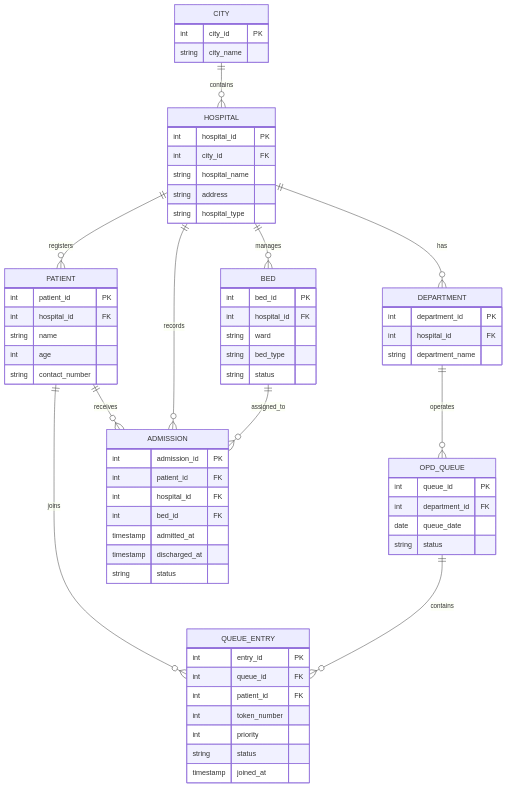
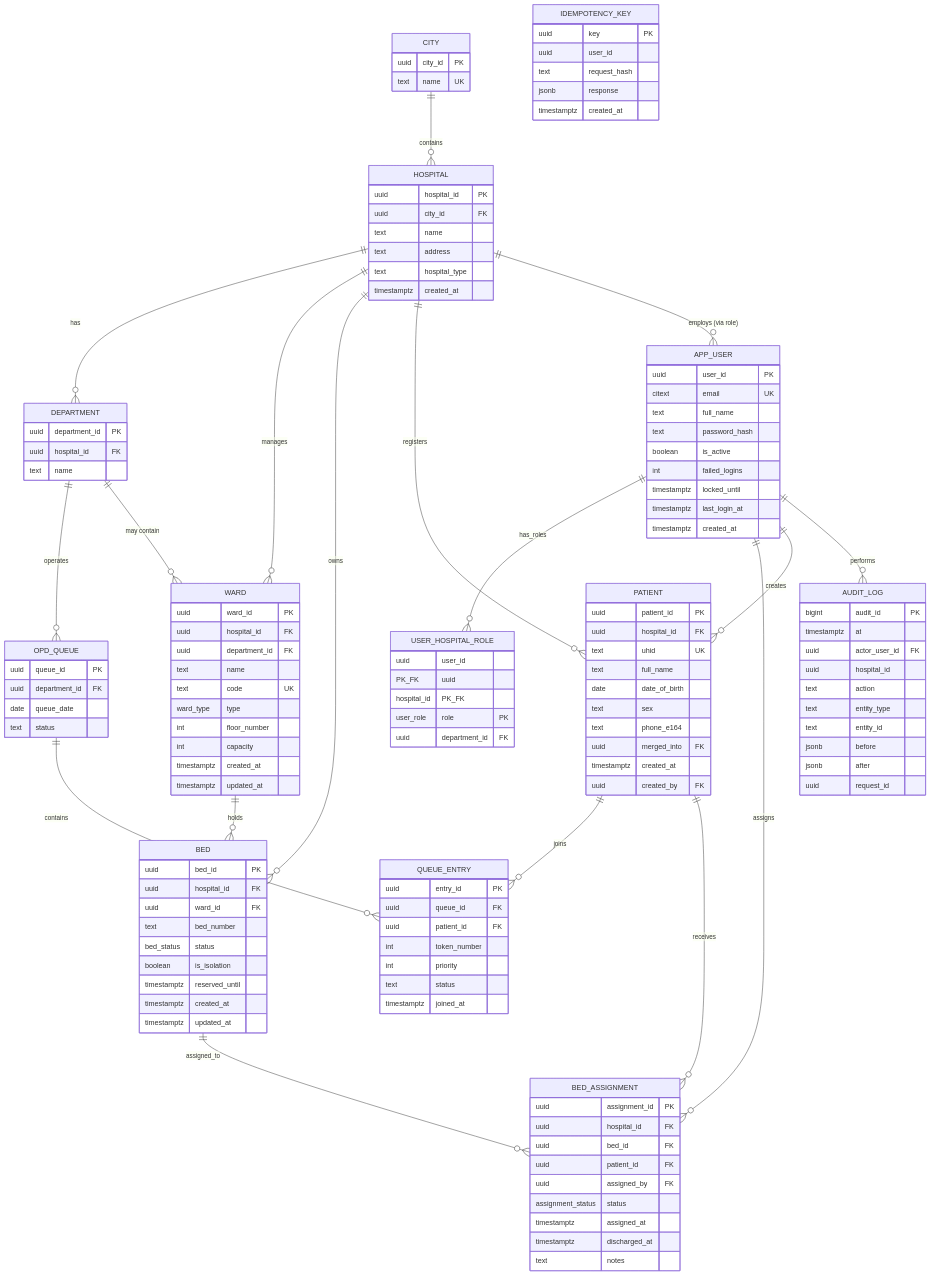
Before and after one commit to Ar1es-XD/AP-Project: the first of 9 diagrams in documentation/Hospital_Management_System_Proposal.md, drawn with Mermaid. The commit also changed other lines of this file and 1 other file, not shown here.

````diff
--- a/documentation/Hospital_Management_System_Proposal.md
+++ b/documentation/Hospital_Management_System_Proposal.md
@@ -77,74 +124,146 @@
 erDiagram
     CITY ||--o{ HOSPITAL : contains
     HOSPITAL ||--o{ DEPARTMENT : has
+    HOSPITAL ||--o{ WARD : manages
+    HOSPITAL ||--o{ BED : owns
     HOSPITAL ||--o{ PATIENT : registers
-    HOSPITAL ||--o{ BED : manages
+    HOSPITAL ||--o{ APP_USER : "employs (via role)"
     DEPARTMENT ||--o{ OPD_QUEUE : operates
+    DEPARTMENT ||--o{ WARD : "may contain"
+    WARD ||--o{ BED : holds
     PATIENT ||--o{ QUEUE_ENTRY : joins
     OPD_QUEUE ||--o{ QUEUE_ENTRY : contains
-    PATIENT ||--o{ ADMISSION : receives
-    HOSPITAL ||--o{ ADMISSION : records
-    BED ||--o{ ADMISSION : assigned_to
+    PATIENT ||--o{ BED_ASSIGNMENT : receives
+    BED ||--o{ BED_ASSIGNMENT : assigned_to
+    APP_USER ||--o{ USER_HOSPITAL_ROLE : has_roles
+    APP_USER ||--o{ BED_ASSIGNMENT : assigns
+    APP_USER ||--o{ PATIENT : creates
+    APP_USER ||--o{ AUDIT_LOG : performs
 
     CITY {
-        int city_id PK
-        string city_name
+        uuid city_id PK
+        text name UK
     }
 
     HOSPITAL {
-        int hospital_id PK
-        int city_id FK
-        string hospital_name
-        string address
-        string hospital_type
+        uuid hospital_id PK
+        uuid city_id FK
+        text name
+        text address
+        text hospital_type
+        timestamptz created_at
     }
 
     DEPARTMENT {
-        int department_id PK
-        int hospital_id FK
-        string department_name
+        uuid department_id PK
+        uuid hospital_id FK
+        text name
+    }
+
+    APP_USER {
+        uuid user_id PK
+        citext email UK
+        text full_name
+        text password_hash
+        boolean is_active
+        int failed_logins
+        timestamptz locked_until
+        timestamptz last_login_at
+        timestamptz created_at
+    }
+
+    USER_HOSPITAL_ROLE {
+        uuid user_id PK_FK
+        uuid hospital_id PK_FK
+        user_role role PK
+        uuid department_id FK
     }
 
     PATIENT {
-        int patient_id PK
-        int hospital_id FK
-        string name
-        int age
-        string contact_number
+        uuid patient_id PK
+        uuid hospital_id FK
+        text uhid UK
+        text full_name
+        date date_of_birth
+        text sex
+        text phone_e164
+        uuid merged_into FK
+        timestamptz created_at
+        uuid created_by FK
+    }
+
+    WARD {
+        uuid ward_id PK
+        uuid hospital_id FK
+        uuid department_id FK
+        text name
+        text code UK
+        ward_type type
+        int floor_number
+        int capacity
+        timestamptz created_at
+        timestamptz updated_at
+    }
+
+    BED {
+        uuid bed_id PK
+        uuid hospital_id FK
+        uuid ward_id FK
+        text bed_number
+        bed_status status
+        boolean is_isolation
+        timestamptz reserved_until
+        timestamptz created_at
+        timestamptz updated_at
     }
 
     OPD_QUEUE {
-        int queue_id PK
-        int department_id FK
+        uuid queue_id PK
+        uuid department_id FK
         date queue_date
-        string status
+        text status
     }
 
     QUEUE_ENTRY {
-        int entry_id PK
-        int queue_id FK
-        int patient_id FK
+        uuid entry_id PK
+        uuid queue_id FK
+        uuid patient_id FK
         int token_number
         int priority
-        string status
-        timestamp joined_at
+        text status
+        timestamptz joined_at
     }
 
-    BED {
-        int bed_id PK
-        int hospital_id FK
-        string ward
-        string bed_type
-        string status
+    BED_ASSIGNMENT {
+        uuid assignment_id PK
+        uuid hospital_id FK
+        uuid bed_id FK
+        uuid patient_id FK
+        uuid assigned_by FK
+        assignment_status status
+        timestamptz assigned_at
+        timestamptz discharged_at
+        text notes
     }
 
-    ADMISSION {
-        int admission_id PK
-        int patient_id FK
-        int hospital_id FK
-        int bed_id FK
-        timestamp admitted_at
-        timestamp discharged_at
-        string status
+    AUDIT_LOG {
+        bigint audit_id PK
+        timestamptz at
+        uuid actor_user_id FK
+        uuid hospital_id
+        text action
+        text entity_type
+        text entity_id
+        jsonb before
+        jsonb after
+        uuid request_id
+    }
+
+    IDEMPOTENCY_KEY {
+        uuid key PK
+        uuid user_id
+        text request_hash
+        jsonb response
+        timestamptz created_at
     }
 ```
````
